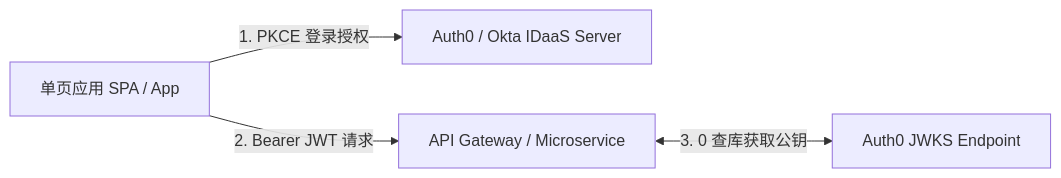
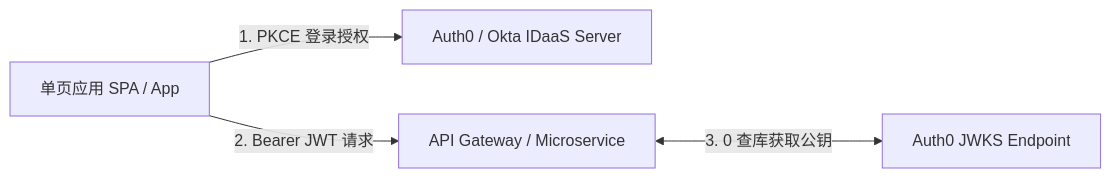
The third of 6 diagrams in docs/atlas/auth0-okta.mdx (koosai/AI-Architect-Learning), drawn with Mermaid before and after one commit. The commit also changed 68 other files, not shown here.

Commit message:
fix(atlas): fix browser client-side Mermaid rendering for mindmaps and flowcharts across 67 case studies

````diff
--- a/docs/atlas/auth0-okta.mdx
+++ b/docs/atlas/auth0-okta.mdx
@@ -116,6 +116,6 @@
 ```mermaid
 graph LR
   SPAClient["单页应用 SPA / App"] -->|1. PKCE 登录授权| Auth0Server["Auth0 / Okta IDaaS Server"]
   SPAClient -->|2. Bearer JWT 请求| APIGateway["API Gateway / Microservice"]
-  APIGateway <-->|3. 0 查库获取公钥| JWKSEndpoint["Auth0 JWKS Endpoint"]
+  APIGateway <--->|3. 0 查库获取公钥| JWKSEndpoint["Auth0 JWKS Endpoint"]
 ```
````
